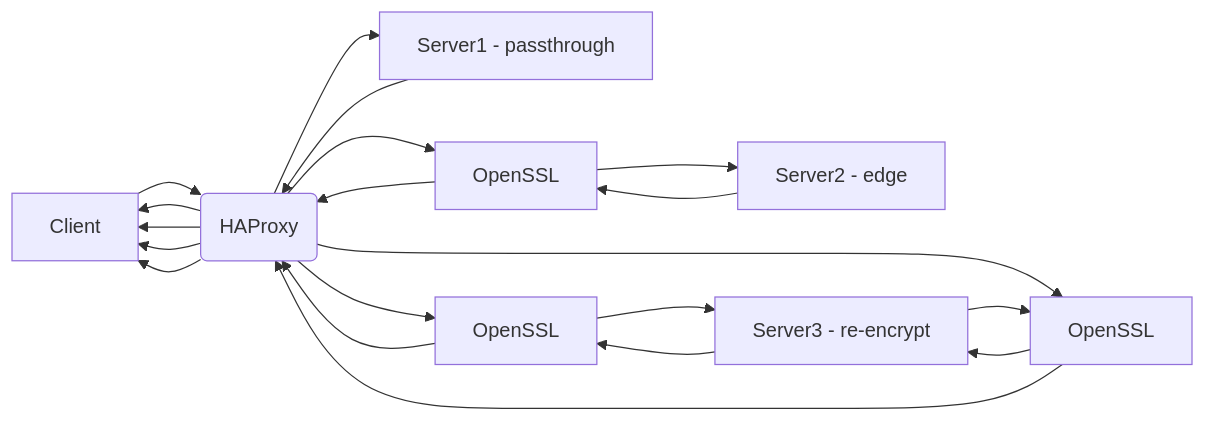
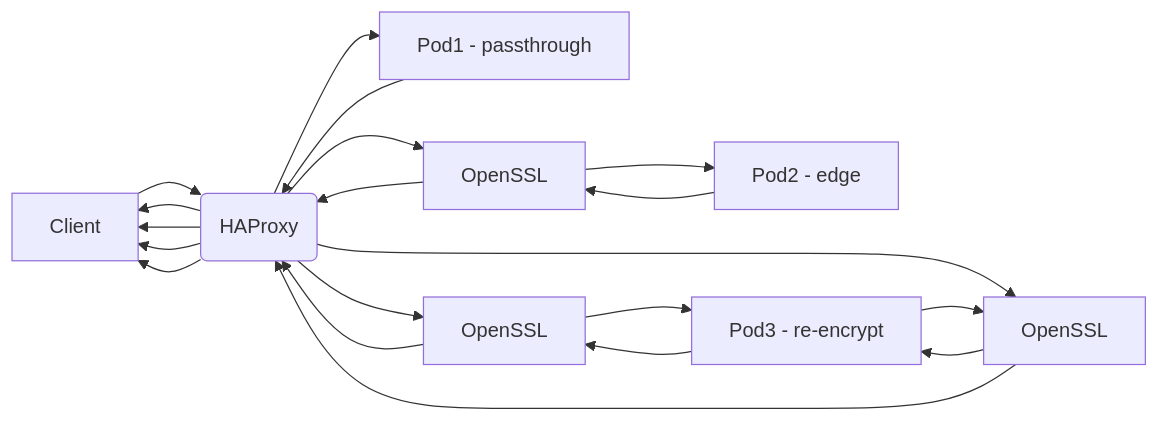
Before and after one commit to emmahone/haproxy-state-machine: the second of 7 diagrams in README.md, drawn with Mermaid.

Commit message:
server -> pod

````diff
--- a/README.md
+++ b/README.md
@@ -48,28 +48,28 @@
 ```mermaid
 graph LR
   A[Client] --> B(HAProxy);
-  B --> C[Server1 - passthrough];
+  B --> C[Pod1 - passthrough];
   C --> B;
   B --> A;
   
   %% Passthrough
   B --> A;
   
   %% Edge
   B --> E[OpenSSL];
-  E --> F[Server2 - edge];
+  E --> F[Pod2 - edge];
   F --> E;
   E --> B;
   B --> A;
   
   %% Re-encrypt
   B --> G[OpenSSL];
-  G --> H[Server3 - re-encrypt];
+  G --> H[Pod3 - re-encrypt];
   H --> G;
   G --> B;
   B --> I[OpenSSL];
   I --> H;
   H --> I;
   I --> B;
   B --> A;
 ```
````
